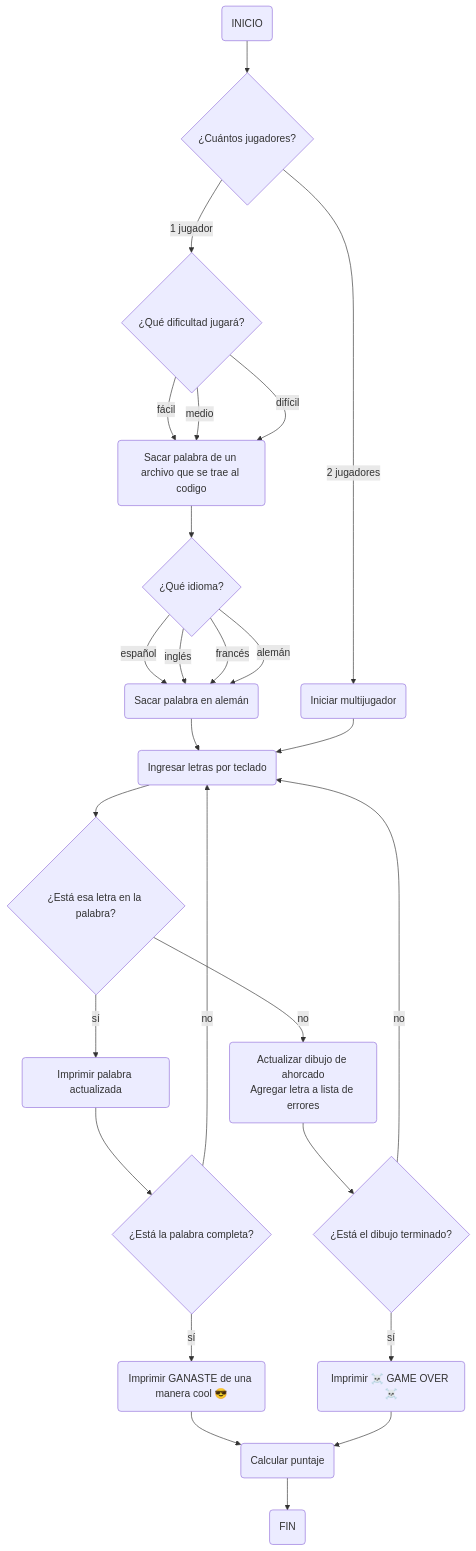
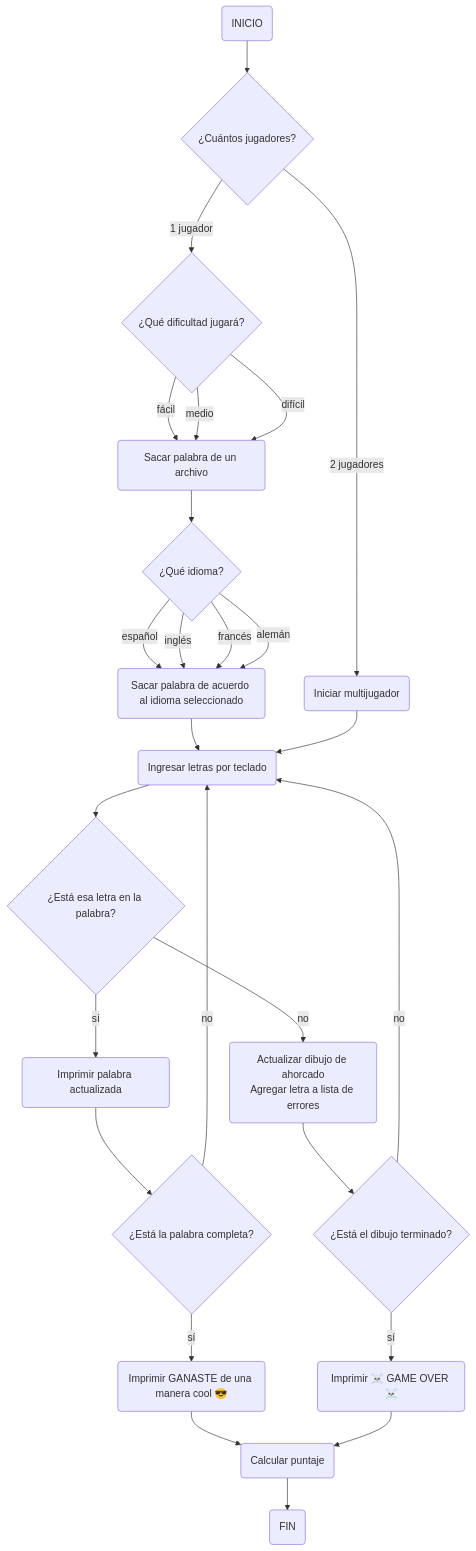
One commit to JMC020406/Proyecto changed the diagram in README.md. Above: the diagram before and after it, drawn with Mermaid.

````diff
--- a/README.md
+++ b/README.md
@@ -20,36 +20,36 @@
 ```mermaid
 graph TD;
   A(INICIO) --> B{¿Cuántos jugadores?}
   B-->|1 jugador|C{¿Qué dificultad jugará?}
   B-->|2 jugadores|E(Iniciar multijugador)
   
-  C-->|fácil|D(Sacar palabra de un archivo que se trae al codigo)
+  C-->|fácil|D(Sacar palabra de un archivo)
   C-->|medio|D
   C-->|difícil|D
   
   D-->F{¿Qué idioma?}
   F-->|español|G(Sacar palabra en español)
   F-->|inglés|G(Sacar palabra en inglés)
   F-->|francés|G(Sacar palabra en francés)
-  F-->|alemán|G(Sacar palabra en alemán)
+  F-->|alemán|G(Sacar palabra de acuerdo al idioma seleccionado)
 
   G-->H(Ingresar letras por teclado)
   E-->H
 
   H-->I{¿Está esa letra en la palabra?}
   I-->|sí|J(Imprimir palabra actualizada)
   I-->|no|K(Actualizar dibujo de ahorcado<br>Agregar letra a lista de errores)
 
   J-->L{¿Está la palabra completa?}
   L-->|sí|M(Imprimir GANASTE de una manera cool 😎)
   M-->N(Calcular puntaje)
   L-->|no|H
 
   K-->O{¿Está el dibujo terminado?}
   O-->|sí|P(Imprimir ☠️ GAME OVER ☠️)
   P-->N
   O-->|no|H
   
   N-->Q(FIN)
 
 ```
````
